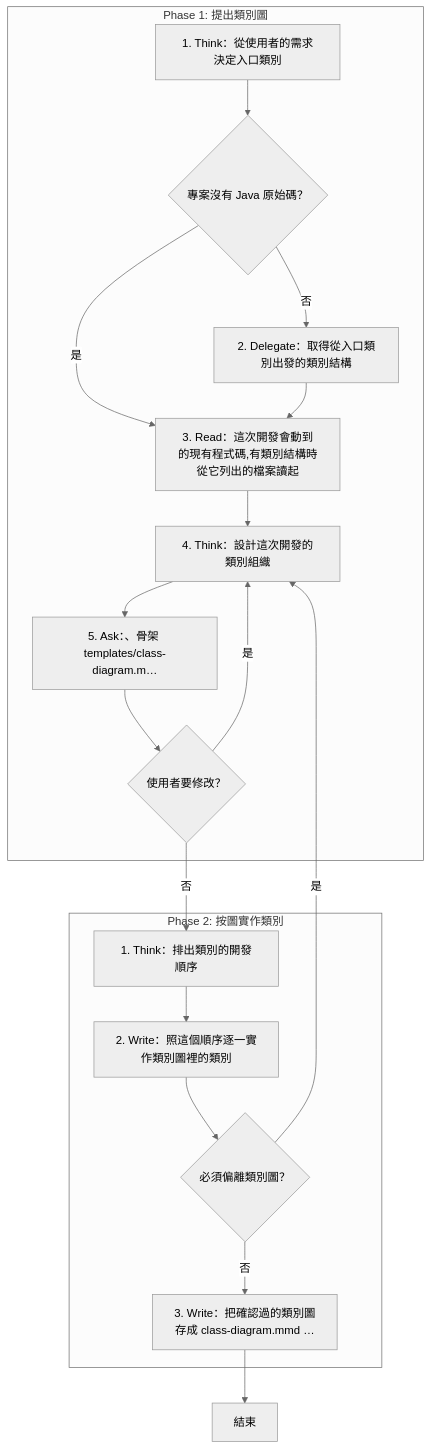
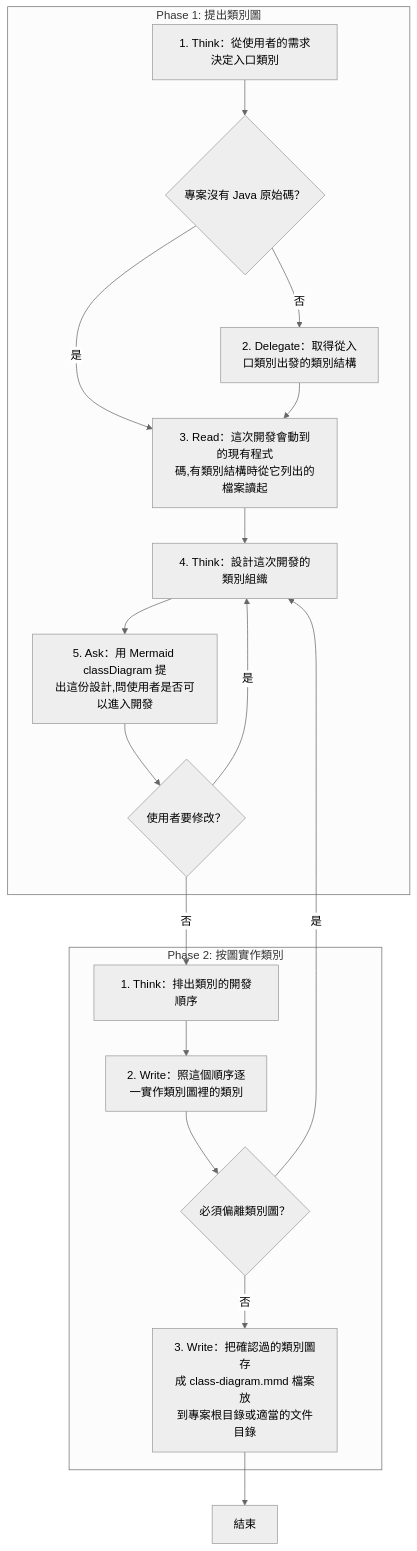
One commit to AI-x-BDD/BDGG-Dev-Skills changed the diagram in .agents/skills/plan-with-class-diagram/SKILL.md. Above: the diagram before and after it, drawn with Mermaid (neutral theme). The commit also changed 43 other files, not shown here.

First line of the commit message:
feat!: skill-form-sop 的流程視覺圖改放檔尾並以粗體標出的核心動作當標籤

````diff
--- a/.agents/skills/plan-with-class-diagram/SKILL.md
+++ b/.agents/skills/plan-with-class-diagram/SKILL.md
@@ -11,33 +23,33 @@
 ```mermaid
 flowchart TD
     subgraph P1["Phase 1: 提出類別圖"]
         P1S1["1. Think：從使用者的需求決定入口類別"]
         G_P1S1_1{"專案沒有 Java 原始碼？"}
-        P1S2["2. Delegate：取得從入口類別出發的類別結構"]
-        P1S3["3. Read：這次開發會動到的現有程式碼,有類別結構時從它列出的檔案讀起"]
+        P1S2["2. Delegate：取得從入<br/>口類別出發的類別結構"]
+        P1S3["3. Read：這次開發會動到的現有程式<br/>碼,有類別結構時從它列出的檔案讀起"]
         P1S4["4. Think：設計這次開發的類別組織"]
-        P1S5["5. Ask：、骨架 templates/class-diagram.m…"]
+        P1S5["5. Ask：用 Mermaid classDiagram 提<br/>出這份設計,問使用者是否可以進入開發"]
         G_P1S5_1{"使用者要修改？"}
     end
     subgraph P2["Phase 2: 按圖實作類別"]
         P2S1["1. Think：排出類別的開發順序"]
-        P2S2["2. Write：照這個順序逐一實作類別圖裡的類別"]
+        P2S2["2. Write：照這個順序逐<br/>一實作類別圖裡的類別"]
         G_P2S2_1{"必須偏離類別圖？"}
-        P2S3["3. Write：把確認過的類別圖存成 class-diagram.mmd …"]
+        P2S3["3. Write：把確認過的類別圖存<br/>成 class-diagram.mmd 檔案放<br/>到專案根目錄或適當的文件目錄"]
     end
     End["結束"]
     P1S1 --> G_P1S1_1
     G_P1S1_1 -->|是| P1S3
     G_P1S1_1 -->|否| P1S2
     P1S2 --> P1S3
     P1S3 --> P1S4
     P1S4 --> P1S5
     P1S5 --> G_P1S5_1
     G_P1S5_1 -->|是| P1S4
     G_P1S5_1 -->|否| P2S1
     P2S1 --> P2S2
     P2S2 --> G_P2S2_1
     G_P2S2_1 -->|是| P1S4
     G_P2S2_1 -->|否| P2S3
     P2S3 --> End
 ```
````
